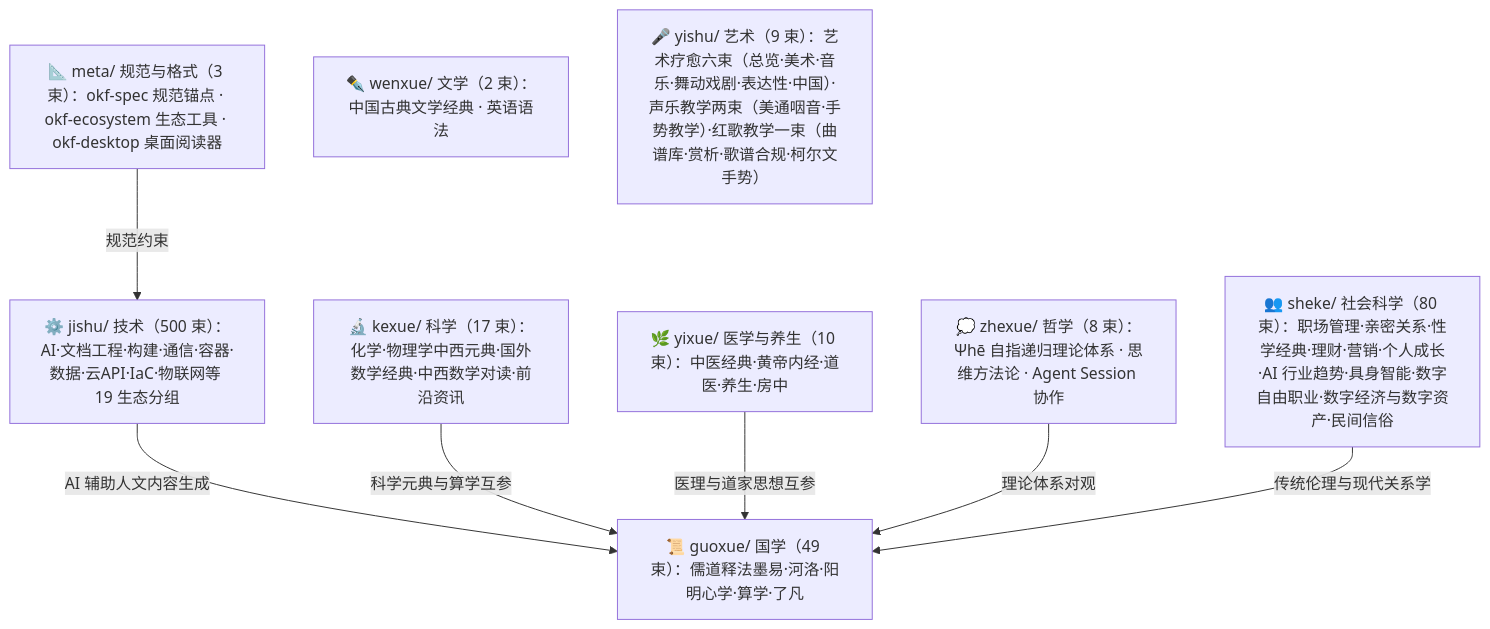
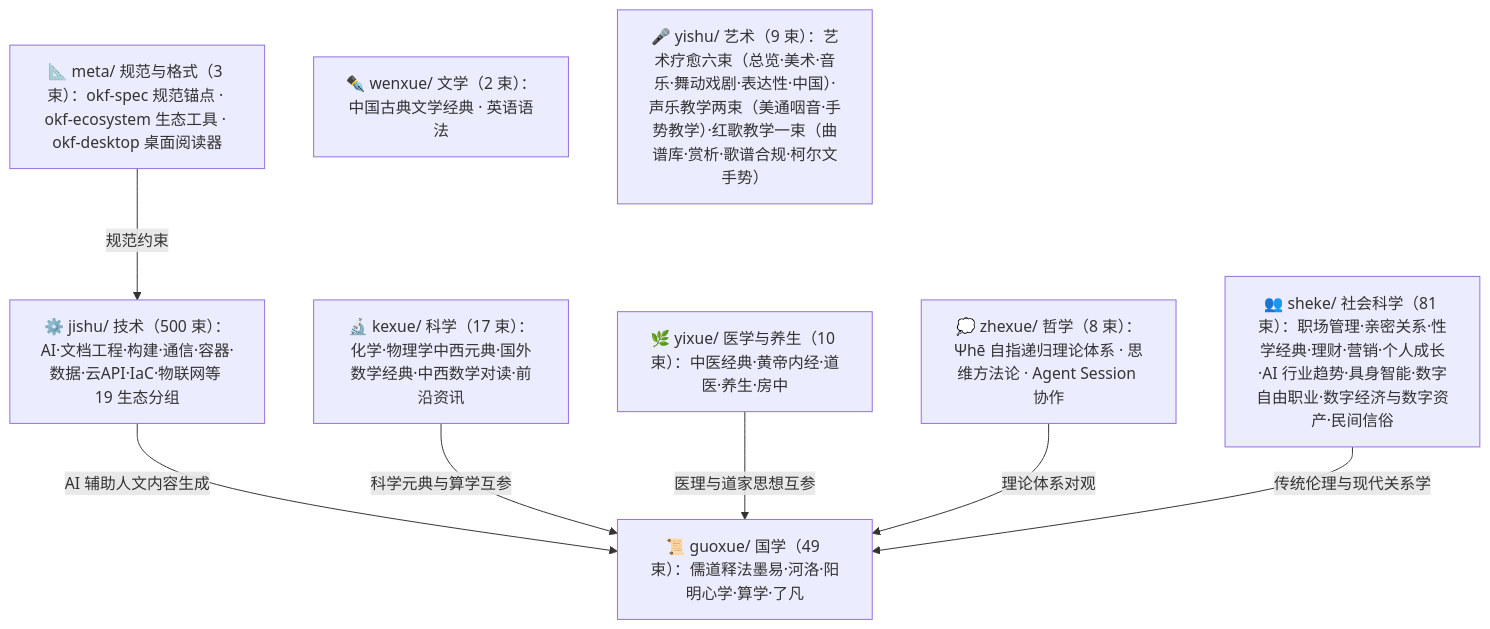
Before and after one commit to awesome-flexloop/awesome-okf: the diagram in doc/bundles/index.md, drawn with Mermaid. The commit also changed other lines of this file and 16 other files, not shown here.

````diff
--- a/doc/bundles/index.md
+++ b/doc/bundles/index.md
@@ -21,18 +21,18 @@
 ```mermaid
 flowchart TD
     meta["📐 meta/ 规范与格式（3 束）：okf-spec 规范锚点 · okf-ecosystem 生态工具 · okf-desktop 桌面阅读器"]
     guoxue["📜 guoxue/ 国学（49 束）：儒道释法墨易·河洛·阳明心学·算学·了凡"]
     zhexue["💭 zhexue/ 哲学（8 束）：Ψhē 自指递归理论体系 · 思维方法论 · Agent Session 协作"]
     kexue["🔬 kexue/ 科学（17 束）：化学·物理学中西元典·国外数学经典·中西数学对读·前沿资讯"]
     wenxue["✒️ wenxue/ 文学（2 束）：中国古典文学经典 · 英语语法"]
     yixue["🌿 yixue/ 医学与养生（10 束）：中医经典·黄帝内经·道医·养生·房中"]
-    sheke["👥 sheke/ 社会科学（80 束）：职场管理·亲密关系·性学经典·理财·营销·个人成长·AI 行业趋势·具身智能·数字自由职业·数字经济与数字资产·民间信俗"]
+    sheke["👥 sheke/ 社会科学（81 束）：职场管理·亲密关系·性学经典·理财·营销·个人成长·AI 行业趋势·具身智能·数字自由职业·数字经济与数字资产·民间信俗"]
     yishu["🎤 yishu/ 艺术（9 束）：艺术疗愈六束（总览·美术·音乐·舞动戏剧·表达性·中国）·声乐教学两束（美通咽音·手势教学）·红歌教学一束（曲谱库·赏析·歌谱合规·柯尔文手势）"]
     jishu["⚙️ jishu/ 技术（500 束）：AI·文档工程·构建·通信·容器·数据·云API·IaC·物联网等 19 生态分组"]
     meta -->|"规范约束"| jishu
     jishu -->|"AI 辅助人文内容生成"| guoxue
     kexue -->|"科学元典与算学互参"| guoxue
     yixue -->|"医理与道家思想互参"| guoxue
     zhexue -->|"理论体系对观"| guoxue
     sheke -->|"传统伦理与现代关系学"| guoxue
 ```
````
